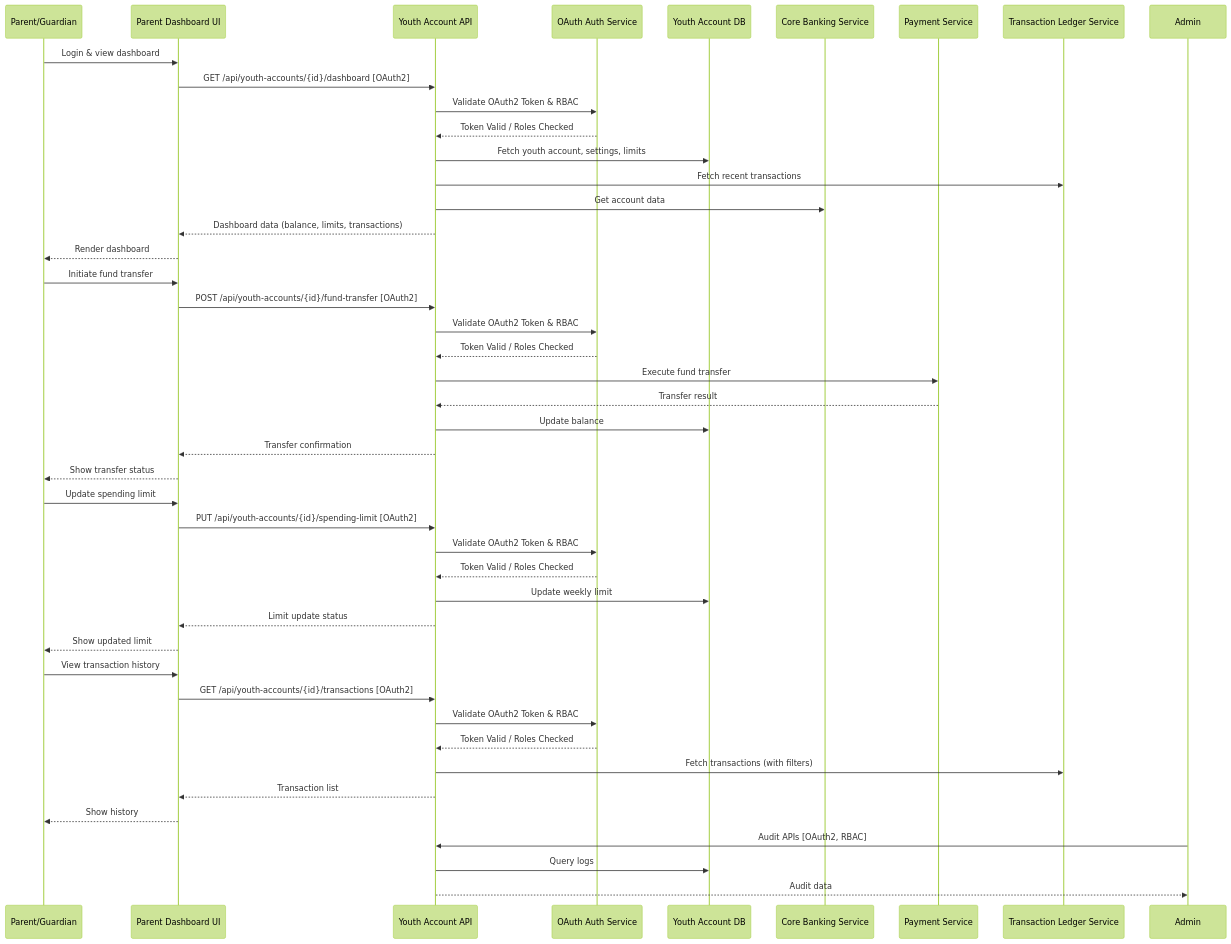
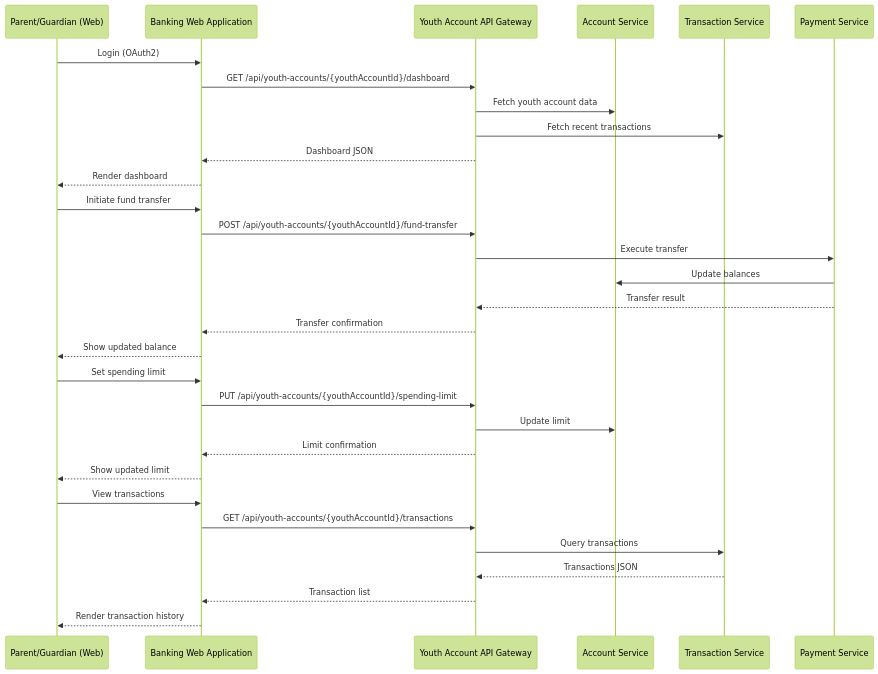
The diagram in Components and Sequence Diagrams/sequence_diagram.mmd (Ascend-Krithi/SCIB-Inception), drawn with Mermaid (forest theme) before and after one commit. The commit also changed 1 other file, not shown here.

```diff
--- a/Components and Sequence Diagrams/sequence_diagram.mmd
+++ b/Components and Sequence Diagrams/sequence_diagram.mmd
@@ -1,55 +1,40 @@
-%% Sequence Diagram for Youth Account Management (Mermaid)
+%% Sequence Diagram: Parent manages youth account (Mermaid)
 sequenceDiagram
-    participant Parent as Parent/Guardian
-    participant UI as Parent Dashboard UI
-    participant API as Youth Account API
-    participant Auth as OAuth Auth Service
-    participant DB as Youth Account DB
-    participant CoreBanking as Core Banking Service
-    participant Payment as Payment Service
-    participant Transaction as Transaction Ledger Service
+  participant Parent as Parent/Guardian (Web)
+  participant WebApp as Banking Web Application
+  participant API as Youth Account API Gateway
+  participant AccountSvc as Account Service
+  participant TransSvc as Transaction Service
+  participant PaymentSvc as Payment Service
 
-    %% Dashboard access
-    Parent->>UI: Login & view dashboard
-    UI->>API: GET /api/youth-accounts/{id}/dashboard [OAuth2]
-    API->>Auth: Validate OAuth2 Token & RBAC
-    Auth-->>API: Token Valid / Roles Checked
-    API->>DB: Fetch youth account, settings, limits
-    API->>Transaction: Fetch recent transactions
-    API->>CoreBanking: Get account data
-    API-->>UI: Dashboard data (balance, limits, transactions)
-    UI-->>Parent: Render dashboard
+  %% Dashboard load
+  Parent->>WebApp: Login (OAuth2)
+  WebApp->>API: GET /api/youth-accounts/{youthAccountId}/dashboard
+  API->>AccountSvc: Fetch youth account data
+  API->>TransSvc: Fetch recent transactions
+  API-->>WebApp: Dashboard JSON
+  WebApp-->>Parent: Render dashboard
 
-    %% Fund transfer
-    Parent->>UI: Initiate fund transfer
-    UI->>API: POST /api/youth-accounts/{id}/fund-transfer [OAuth2]
-    API->>Auth: Validate OAuth2 Token & RBAC
-    Auth-->>API: Token Valid / Roles Checked
-    API->>Payment: Execute fund transfer
-    Payment-->>API: Transfer result
-    API->>DB: Update balance
-    API-->>UI: Transfer confirmation
-    UI-->>Parent: Show transfer status
+  %% Fund transfer
+  Parent->>WebApp: Initiate fund transfer
+  WebApp->>API: POST /api/youth-accounts/{youthAccountId}/fund-transfer
+  API->>PaymentSvc: Execute transfer
+  PaymentSvc->>AccountSvc: Update balances
+  PaymentSvc-->>API: Transfer result
+  API-->>WebApp: Transfer confirmation
+  WebApp-->>Parent: Show updated balance
 
-    %% Set spending limit
-    Parent->>UI: Update spending limit
-    UI->>API: PUT /api/youth-accounts/{id}/spending-limit [OAuth2]
-    API->>Auth: Validate OAuth2 Token & RBAC
-    Auth-->>API: Token Valid / Roles Checked
-    API->>DB: Update weekly limit
-    API-->>UI: Limit update status
-    UI-->>Parent: Show updated limit
+  %% Set spending limit
+  Parent->>WebApp: Set spending limit
+  WebApp->>API: PUT /api/youth-accounts/{youthAccountId}/spending-limit
+  API->>AccountSvc: Update limit
+  API-->>WebApp: Limit confirmation
+  WebApp-->>Parent: Show updated limit
 
-    %% Transaction history
-    Parent->>UI: View transaction history
-    UI->>API: GET /api/youth-accounts/{id}/transactions [OAuth2]
-    API->>Auth: Validate OAuth2 Token & RBAC
-    Auth-->>API: Token Valid / Roles Checked
-    API->>Transaction: Fetch transactions (with filters)
-    API-->>UI: Transaction list
-    UI-->>Parent: Show history
-
-    %% Admin auditing (optional)
-    Admin->>API: Audit APIs [OAuth2, RBAC]
-    API->>DB: Query logs
-    API-->>Admin: Audit data
+  %% Fetch transactions
+  Parent->>WebApp: View transactions
+  WebApp->>API: GET /api/youth-accounts/{youthAccountId}/transactions
+  API->>TransSvc: Query transactions
+  TransSvc-->>API: Transactions JSON
+  API-->>WebApp: Transaction list
+  WebApp-->>Parent: Render transaction history
```
